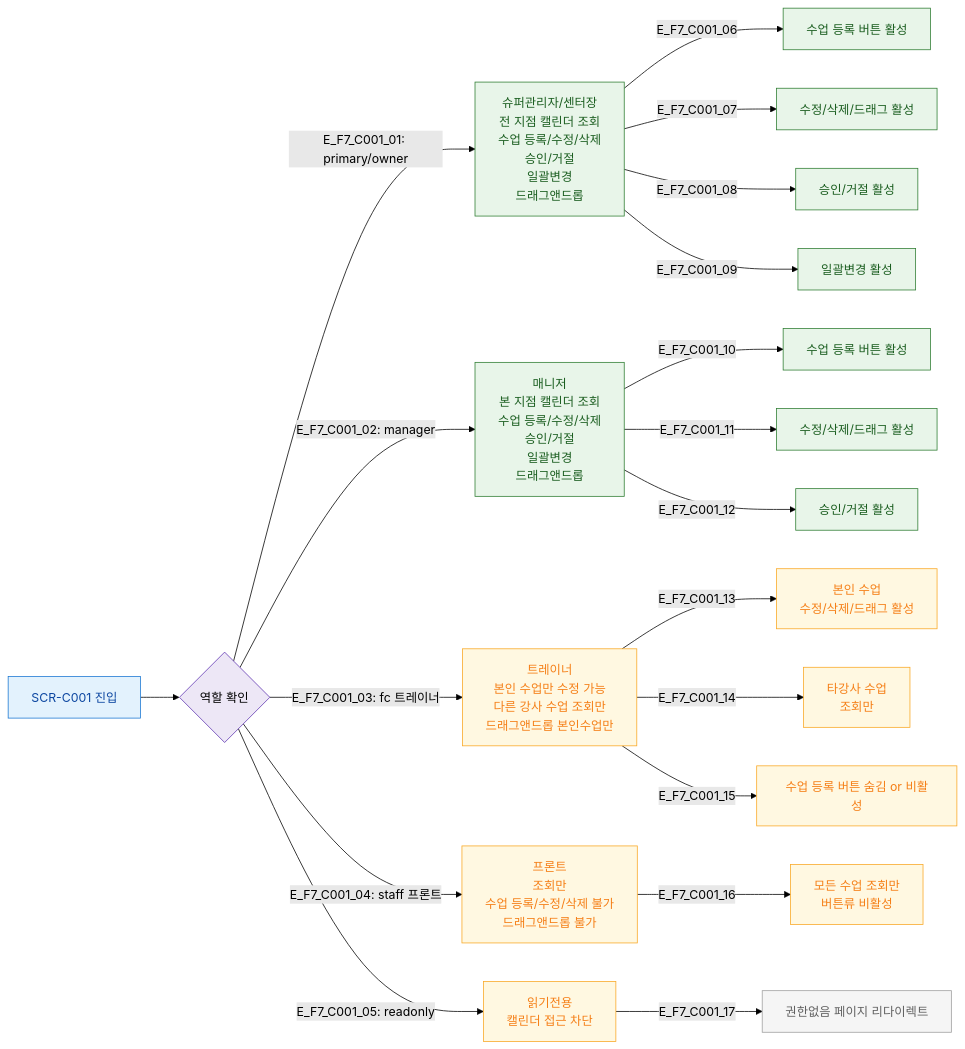
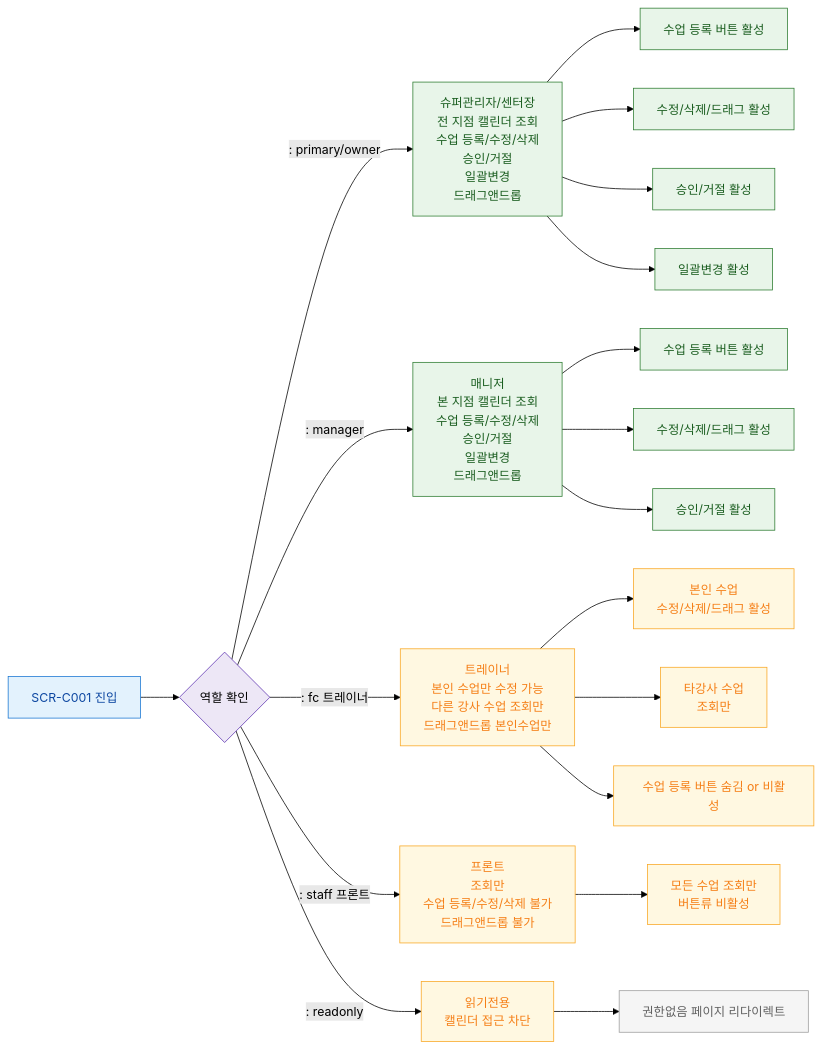
One commit to dev-spogym/admin-pando changed the diagram in docs/다이어그램/D04_수업관리/SCR-C001_수업캘린더/F7_권한.md. Above: the diagram before and after it, drawn with Mermaid (forest theme). The commit also changed other lines of this file and 1660 other files, not shown here.

First line of the commit message:
다이어그램: 기획자/클라이언트 납품본으로 정리

````diff
--- a/docs/다이어그램/D04_수업관리/SCR-C001_수업캘린더/F7_권한.md
+++ b/docs/다이어그램/D04_수업관리/SCR-C001_수업캘린더/F7_권한.md
@@ -20,43 +18,43 @@
 ```mermaid
 flowchart LR
   Enter[SCR-C001 진입] --> RoleCheck{역할 확인}
 
-  RoleCheck -->|"E_F7_C001_01: primary/owner"| RolePrimary[슈퍼관리자/센터장\n전 지점 캘린더 조회\n수업 등록/수정/삭제\n승인/거절\n일괄변경\n드래그앤드롭]
+  RoleCheck -->|": primary/owner"|RolePrimary[슈퍼관리자/센터장\n전 지점 캘린더 조회\n수업 등록/수정/삭제\n승인/거절\n일괄변경\n드래그앤드롭]
 
-  RoleCheck -->|"E_F7_C001_02: manager"| RoleManager[매니저\n본 지점 캘린더 조회\n수업 등록/수정/삭제\n승인/거절\n일괄변경\n드래그앤드롭]
+  RoleCheck -->|": manager"|RoleManager[매니저\n본 지점 캘린더 조회\n수업 등록/수정/삭제\n승인/거절\n일괄변경\n드래그앤드롭]
 
-  RoleCheck -->|"E_F7_C001_03: fc 트레이너"| RoleFC[트레이너\n본인 수업만 수정 가능\n다른 강사 수업 조회만\n드래그앤드롭 본인수업만]
+  RoleCheck -->|": fc 트레이너"|RoleFC[트레이너\n본인 수업만 수정 가능\n다른 강사 수업 조회만\n드래그앤드롭 본인수업만]
 
-  RoleCheck -->|"E_F7_C001_04: staff 프론트"| RoleStaff[프론트\n조회만\n수업 등록/수정/삭제 불가\n드래그앤드롭 불가]
+  RoleCheck -->|": staff 프론트"|RoleStaff[프론트\n조회만\n수업 등록/수정/삭제 불가\n드래그앤드롭 불가]
 
-  RoleCheck -->|"E_F7_C001_05: readonly"| RoleReadonly[읽기전용\n캘린더 접근 차단]
+  RoleCheck -->|": readonly"|RoleReadonly[읽기전용\n캘린더 접근 차단]
 
-  RolePrimary -->|E_F7_C001_06| CanReg_P[수업 등록 버튼 활성]
-  RolePrimary -->|E_F7_C001_07| CanEdit_P[수정/삭제/드래그 활성]
-  RolePrimary -->|E_F7_C001_08| CanApprove_P[승인/거절 활성]
-  RolePrimary -->|E_F7_C001_09| CanBulk_P[일괄변경 활성]
+  RolePrimary --> CanReg_P[수업 등록 버튼 활성]
+  RolePrimary --> CanEdit_P[수정/삭제/드래그 활성]
+  RolePrimary --> CanApprove_P[승인/거절 활성]
+  RolePrimary --> CanBulk_P[일괄변경 활성]
 
-  RoleManager -->|E_F7_C001_10| CanReg_M[수업 등록 버튼 활성]
-  RoleManager -->|E_F7_C001_11| CanEdit_M[수정/삭제/드래그 활성]
-  RoleManager -->|E_F7_C001_12| CanApprove_M[승인/거절 활성]
+  RoleManager --> CanReg_M[수업 등록 버튼 활성]
+  RoleManager --> CanEdit_M[수정/삭제/드래그 활성]
+  RoleManager --> CanApprove_M[승인/거절 활성]
 
-  RoleFC -->|E_F7_C001_13| OwnOnly[본인 수업\n수정/삭제/드래그 활성]
-  RoleFC -->|E_F7_C001_14| OtherRO[타강사 수업\n조회만]
-  RoleFC -->|E_F7_C001_15| NoReg_FC[수업 등록 버튼 숨김 or 비활성]
+  RoleFC --> OwnOnly[본인 수업\n수정/삭제/드래그 활성]
+  RoleFC --> OtherRO[타강사 수업\n조회만]
+  RoleFC --> NoReg_FC[수업 등록 버튼 숨김 or 비활성]
 
-  RoleStaff -->|E_F7_C001_16| ViewOnly_S[모든 수업 조회만\n버튼류 비활성]
+  RoleStaff --> ViewOnly_S[모든 수업 조회만\n버튼류 비활성]
 
-  RoleReadonly -->|E_F7_C001_17| Blocked[권한없음 페이지 리다이렉트]
+  RoleReadonly --> Blocked[권한없음 페이지 리다이렉트]
 
   classDef screen fill:#E3F2FD,stroke:#1976D2,color:#0D47A1
   classDef system fill:#EDE7F6,stroke:#5E35B2
   classDef success fill:#E8F5E9,stroke:#2E7D32,color:#1B5E20
   classDef warning fill:#FFF8E1,stroke:#F9A825,color:#F57F17
   classDef rbacBlocked fill:#F5F5F5,stroke:#9E9E9E,color:#616161
   class Enter screen
   class RoleCheck system
   class RolePrimary,RoleManager,CanReg_P,CanEdit_P,CanApprove_P,CanBulk_P,CanReg_M,CanEdit_M,CanApprove_M success
   class RoleFC,OwnOnly,OtherRO,NoReg_FC warning
   class RoleStaff,ViewOnly_S,RoleReadonly warning
   class Blocked rbacBlocked
 ```
````
